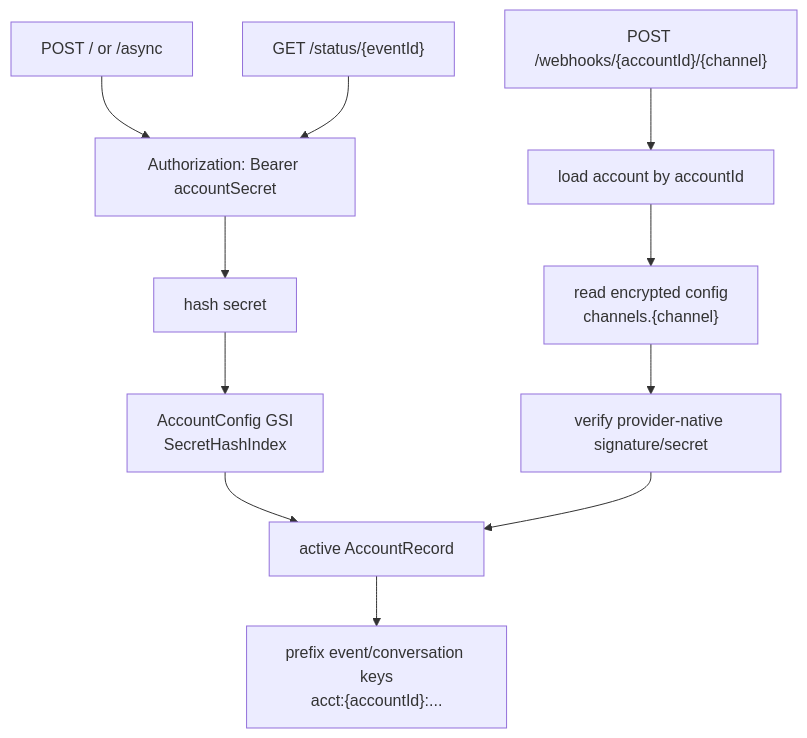
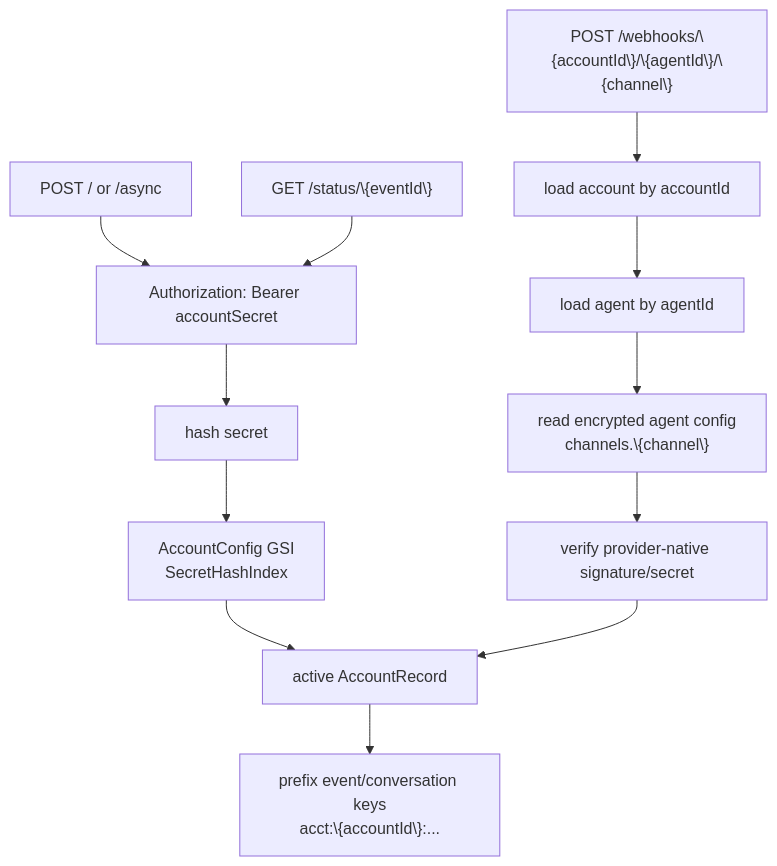
The third of 10 diagrams in docs/architecture.md (beeblastco/filthy-panty), drawn with Mermaid before and after one commit. The commit also changed other lines of this file and 187 other files, not shown here.

````diff
--- a/docs/architecture.md
+++ b/docs/architecture.md
@@ -58,15 +79,16 @@
 ```mermaid
 flowchart TD
   Direct["POST / or /async"] --> Bearer["Authorization: Bearer accountSecret"]
-  Status["GET /status/{eventId}"] --> Bearer
+  Status["GET /status/\{eventId\}"] --> Bearer
   Bearer --> Hash["hash secret"]
   Hash --> Lookup["AccountConfig GSI<br/>SecretHashIndex"]
   Lookup --> Account["active AccountRecord"]
 
-  Webhook["POST /webhooks/{accountId}/{channel}"] --> Load["load account by accountId"]
-  Load --> ChannelConfig["read encrypted config<br/>channels.{channel}"]
+  Webhook["POST /webhooks/\{accountId\}/\{agentId\}/\{channel\}"] --> Load["load account by accountId"]
+  Load --> AgentLookup["load agent by agentId"]
+  AgentLookup --> ChannelConfig["read encrypted agent config<br/>channels.\{channel\}"]
   ChannelConfig --> Verify["verify provider-native signature/secret"]
   Verify --> Account
 
-  Account --> Namespace["prefix event/conversation keys<br/>acct:{accountId}:..."]
+  Account --> Namespace["prefix event/conversation keys<br/>acct:\{accountId\}:..."]
 ```
````
